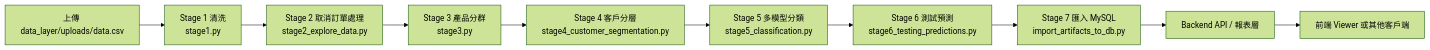
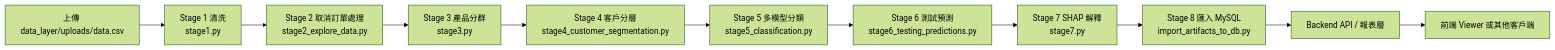
One commit to fuuu555/RFM changed the second of 2 diagrams in README.md. Above: the diagram before and after it, drawn with Mermaid (forest theme). The commit also changed other lines of this file and 40 other files, not shown here.

````diff
--- a/README.md
+++ b/README.md
@@ -26,12 +26,13 @@
 ```mermaid
 flowchart LR
     U[上傳 data_layer/uploads/data.csv] --> S1[Stage 1 清洗<br/>stage1.py]
     S1 --> S2[Stage 2 取消訂單處理<br/>stage2_explore_data.py]
     S2 --> S3[Stage 3 產品分群<br/>stage3.py]
     S3 --> S4[Stage 4 客戶分層<br/>stage4_customer_segmentation.py]
     S4 --> S5[Stage 5 多模型分類<br/>stage5_classification.py]
     S5 --> S6[Stage 6 測試預測<br/>stage6_testing_predictions.py]
-    S6 --> S7[Stage 7 匯入 MySQL<br/>import_artifacts_to_db.py]
-    S7 --> API[Backend API / 報表層]
+    S6 --> S7[Stage 7 SHAP 解釋<br/>stage7.py]
+    S7 --> S8[Stage 8 匯入 MySQL<br/>import_artifacts_to_db.py]
+    S8 --> API[Backend API / 報表層]
     API --> V[前端 Viewer 或其他客戶端]
 ```
````
